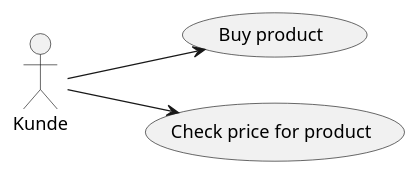
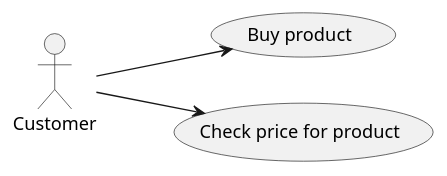
Before and after one commit to matslindh/softwareengineering: the diagram in plantuml/assignment-2019-01/01-usecase-customer.plantuml, drawn with PlantUML. The commit also changed 8 other files, not shown here.

Commit message:
feat: update and add diagrams and examples for new plantuml models

```diff
--- a/plantuml/assignment-2019-01/01-usecase-customer.plantuml
+++ b/plantuml/assignment-2019-01/01-usecase-customer.plantuml
@@ -1,5 +1,5 @@
 @startuml
 left to right direction
-:Kunde: --> (Buy product)
-:Kunde: --> (Check price for product)
+:Customer: --> (Buy product)
+:Customer: --> (Check price for product)
 @enduml
```
